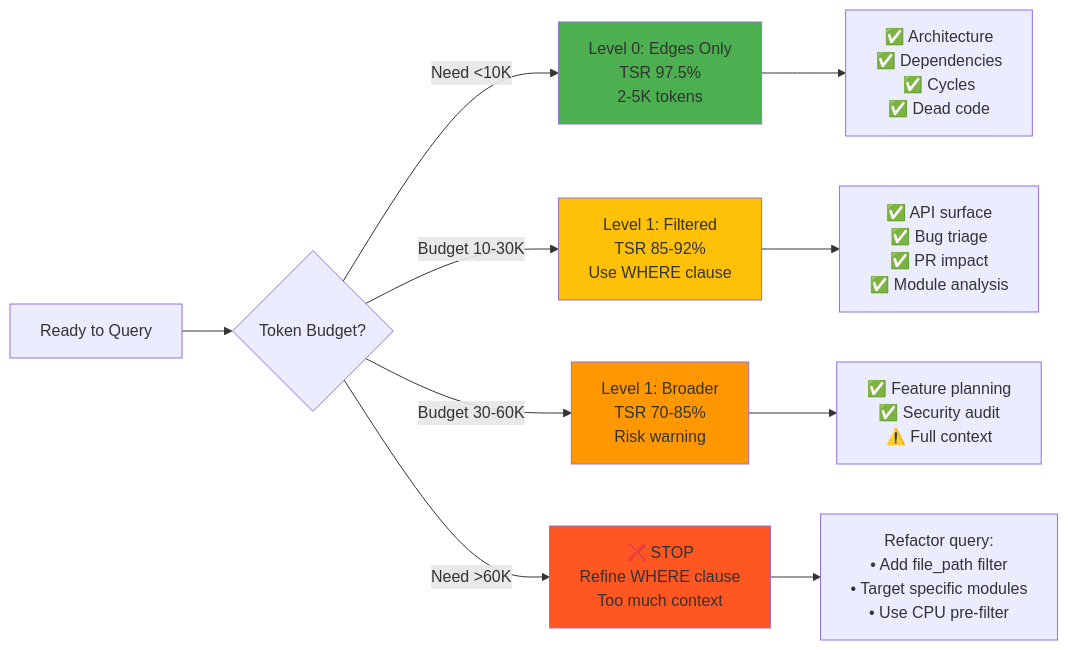
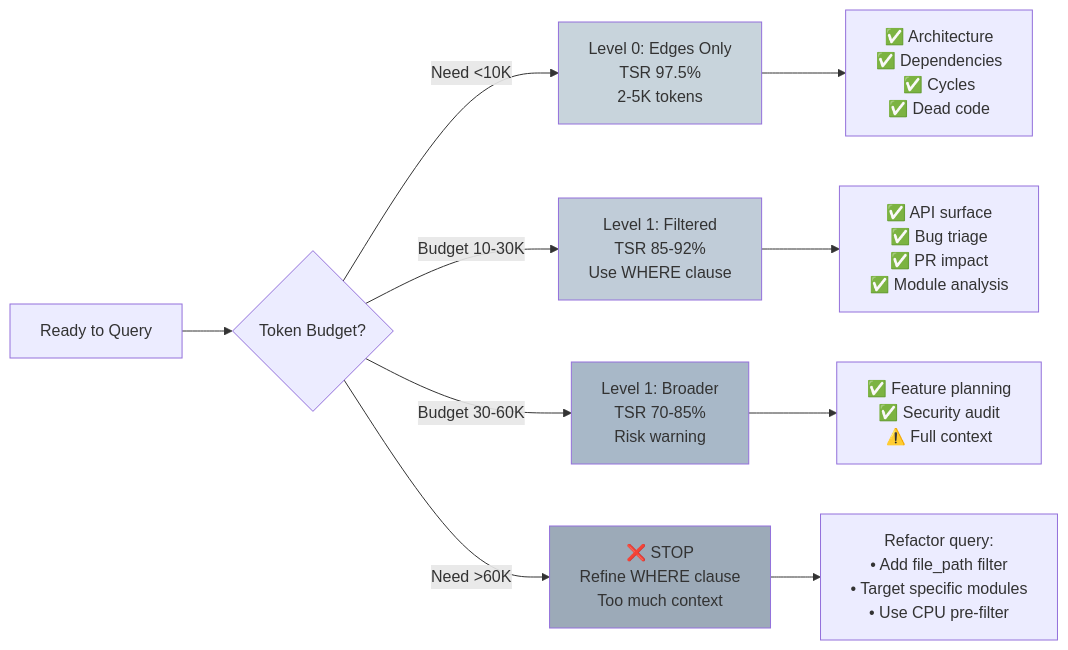
One commit to that-in-rust/parseltongue changed the second of 8 diagrams in .claude/parseltongue-ultrathink.md. Above: the diagram before and after it, drawn with Mermaid. The commit also changed other lines of this file, not shown here.

First line of the commit message:
style(ultrathink): Replace bright mermaid colors with soothing blue-gray palette

````diff
--- a/.claude/parseltongue-ultrathink.md
+++ b/.claude/parseltongue-ultrathink.md
@@ -123,19 +123,19 @@
   ```mermaid
   flowchart LR
       START[Ready to Query] --> Q1{Token Budget?}
 
       Q1 -->|Need <10K| L0[Level 0: Edges Only<br/>TSR 97.5%<br/>2-5K tokens]
       Q1 -->|Budget 10-30K| L1[Level 1: Filtered<br/>TSR 85-92%<br/>Use WHERE clause]
       Q1 -->|Budget 30-60K| L2[Level 1: Broader<br/>TSR 70-85%<br/>Risk warning]
       Q1 -->|Need >60K| STOP[❌ STOP<br/>Refine WHERE clause<br/>Too much context]
 
       L0 --> USE1[✅ Architecture<br/>✅ Dependencies<br/>✅ Cycles<br/>✅ Dead code]
       L1 --> USE2[✅ API surface<br/>✅ Bug triage<br/>✅ PR impact<br/>✅ Module analysis]
       L2 --> USE3[✅ Feature planning<br/>✅ Security audit<br/>⚠️ Full context]
       STOP --> FIX[Refactor query:<br/>• Add file_path filter<br/>• Target specific modules<br/>• Use CPU pre-filter]
 
-      style L0 fill:#4CAF50
-      style L1 fill:#FFC107
-      style L2 fill:#FF9800
-      style STOP fill:#FF5722
+      style L0 fill:#C8D4DC
+      style L1 fill:#C0CCD8
+      style L2 fill:#A8B8C8
+      style STOP fill:#9CAAB8
   ```
````
